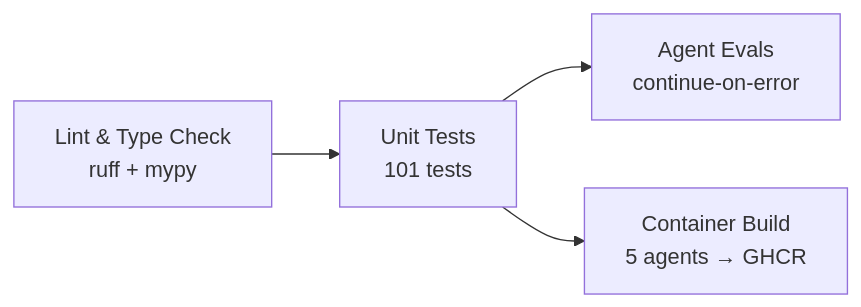
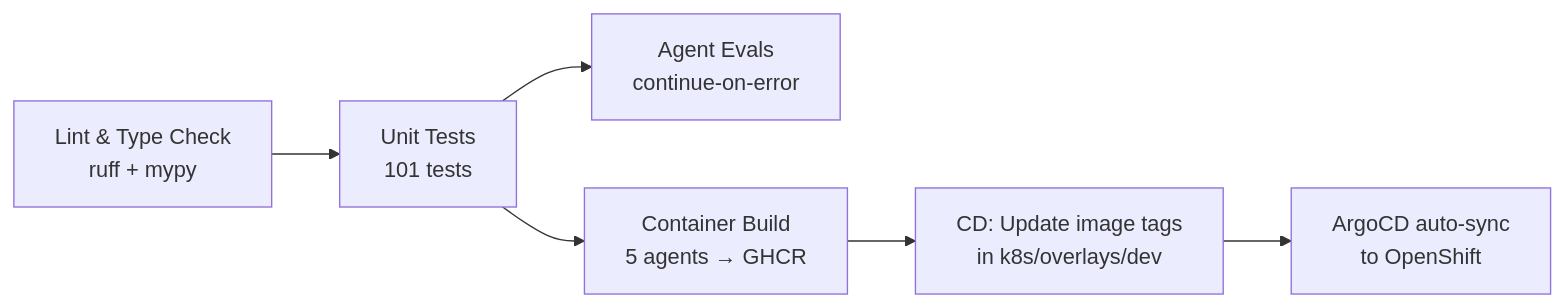
Before and after one commit to rrbanda/smp-agents: the eighth of 8 diagrams in README.md, drawn with Mermaid. The commit also changed other lines of this file and 1 other file, not shown here.

````diff
--- a/README.md
+++ b/README.md
@@ -464,6 +521,8 @@
 ```mermaid
 graph LR
     Lint["Lint & Type Check<br/>ruff + mypy"] --> UnitTests["Unit Tests<br/>101 tests"]
     UnitTests --> Evals["Agent Evals<br/>continue-on-error"]
     UnitTests --> Build["Container Build<br/>5 agents → GHCR"]
+    Build --> CD["CD: Update image tags<br/>in k8s/overlays/dev"]
+    CD --> ArgoCD["ArgoCD auto-sync<br/>to OpenShift"]
 ```
````
